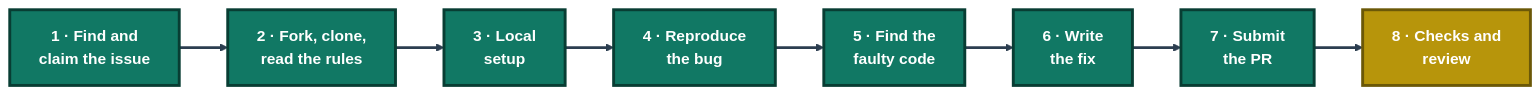
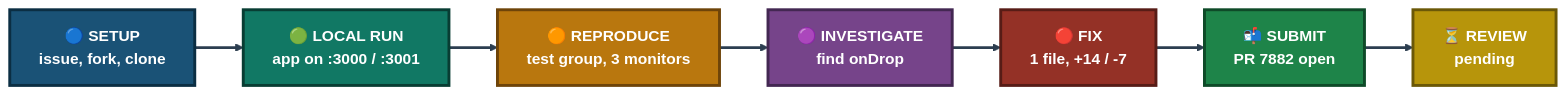
Before and after one commit to malaika-azhar/Real-World-Tier2-Support-Projects: the first of 4 diagrams in project-4-uptime-kuma-open-source-contribution/README.md, drawn with Mermaid. The commit also changed other lines of this file, not shown here.

````diff
--- a/project-4-uptime-kuma-open-source-contribution/README.md
+++ b/project-4-uptime-kuma-open-source-contribution/README.md
@@ -139,14 +143,18 @@
 ```mermaid
 flowchart LR
-    S1["1 · Find and<br/>claim the issue"]:::done --> S2["2 · Fork, clone,<br/>read the rules"]:::done
-    S2 --> S3["3 · Local<br/>setup"]:::done
-    S3 --> S4["4 · Reproduce<br/>the bug"]:::done
-    S4 --> S5["5 · Find the<br/>faulty code"]:::done
-    S5 --> S6["6 · Write<br/>the fix"]:::done
-    S6 --> S7["7 · Submit<br/>the PR"]:::done
-    S7 --> S8["8 · Checks and<br/>review"]:::wait
+    S1["🔵 SETUP<br/>issue, fork, clone"]:::setup --> S2["🟢 LOCAL RUN<br/>app on :3000 / :3001"]:::run
+    S2 --> S3["🟠 REPRODUCE<br/>test group, 3 monitors"]:::repro
+    S3 --> S4["🟣 INVESTIGATE<br/>find onDrop"]:::inv
+    S4 --> S5["🔴 FIX<br/>1 file, +14 / -7"]:::fix
+    S5 --> S6["📬 SUBMIT<br/>PR 7882 open"]:::sub
+    S6 --> S7["⏳ REVIEW<br/>pending"]:::wait
 
-    classDef done fill:#117864,stroke:#083D33,stroke-width:3px,color:#FFFFFF,font-weight:bold
+    classDef setup fill:#1A5276,stroke:#0B2E43,stroke-width:3px,color:#FFFFFF,font-weight:bold
+    classDef run fill:#117864,stroke:#083D33,stroke-width:3px,color:#FFFFFF,font-weight:bold
+    classDef repro fill:#B9770E,stroke:#6E4409,stroke-width:3px,color:#FFFFFF,font-weight:bold
+    classDef inv fill:#76448A,stroke:#432752,stroke-width:3px,color:#FFFFFF,font-weight:bold
+    classDef fix fill:#943126,stroke:#571C16,stroke-width:3px,color:#FFFFFF,font-weight:bold
+    classDef sub fill:#1E8449,stroke:#0E4A28,stroke-width:3px,color:#FFFFFF,font-weight:bold
     classDef wait fill:#B7950B,stroke:#6B5807,stroke-width:3px,color:#FFFFFF,font-weight:bold
     linkStyle default stroke:#2C3E50,stroke-width:3px
 ```
````
